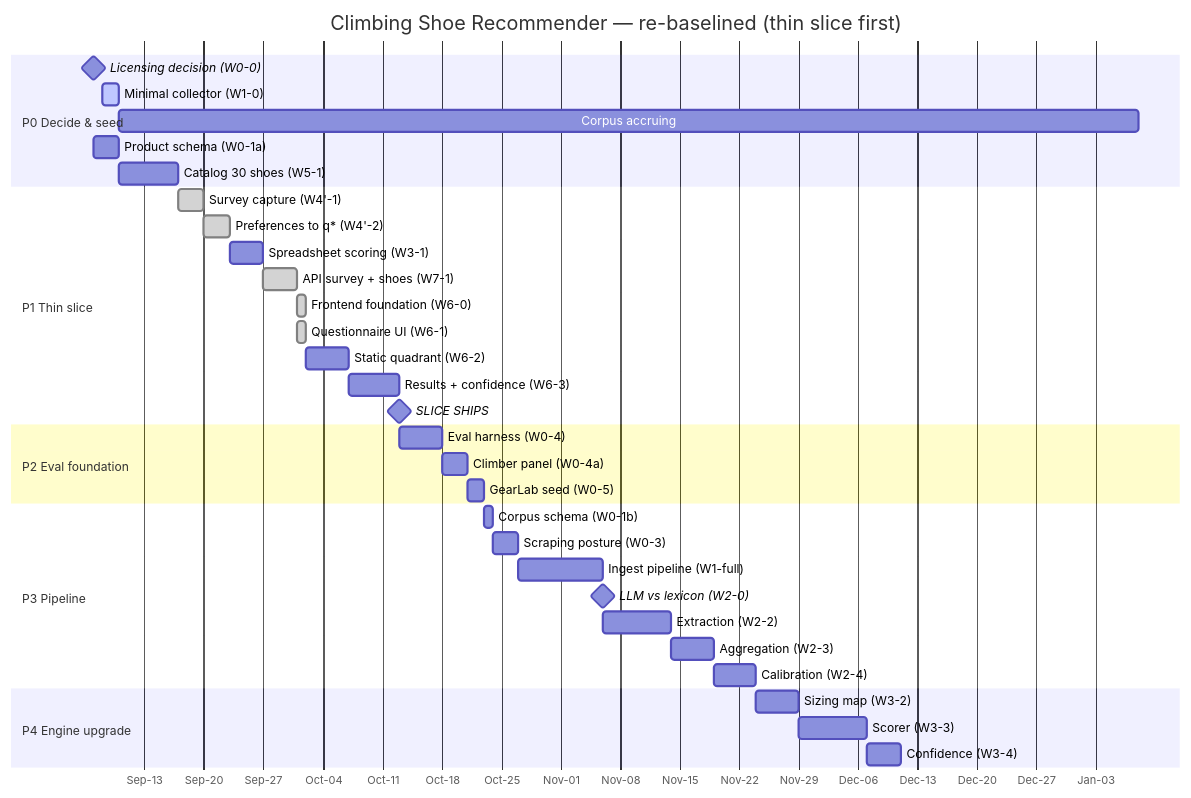
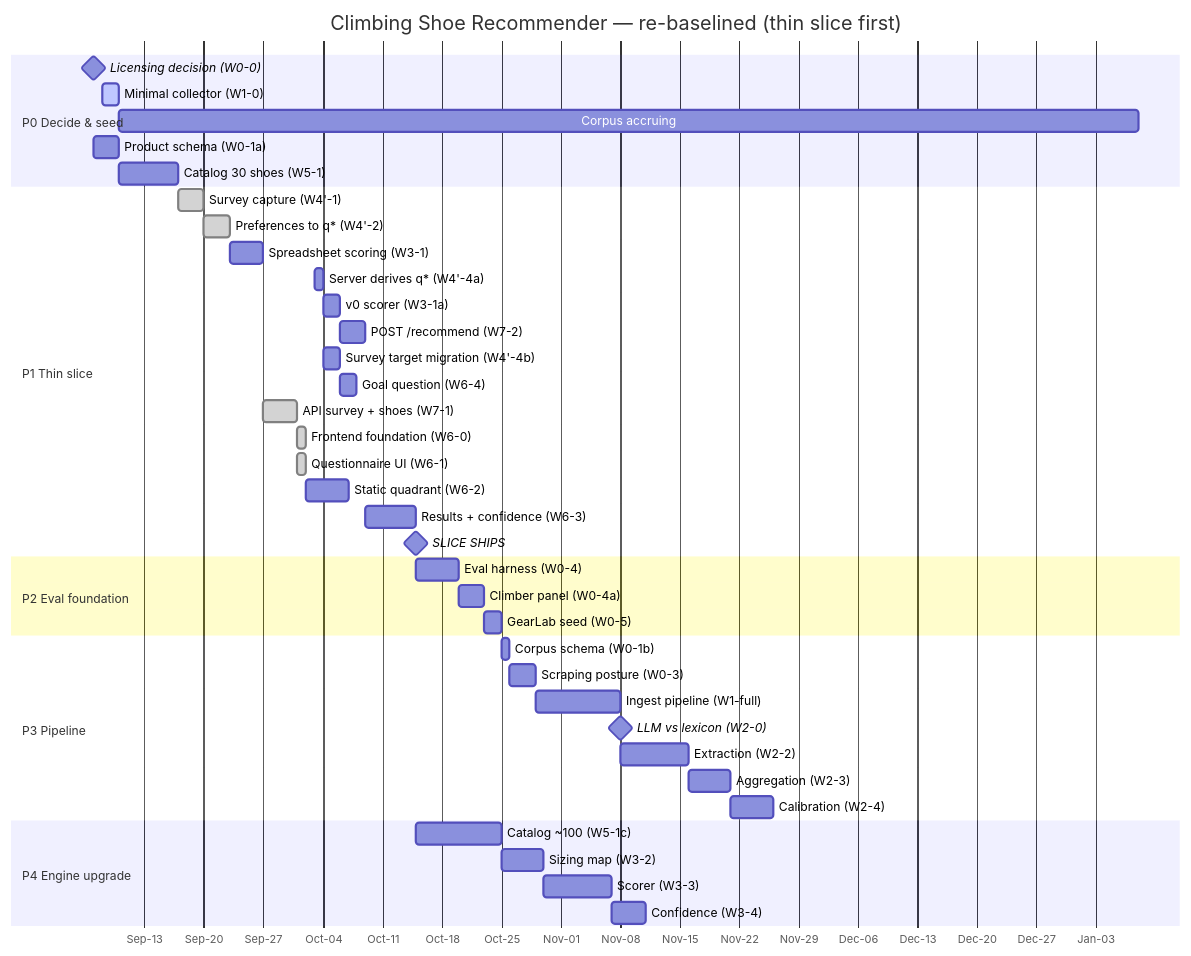
The second of 2 diagrams in timeline.md (barlu3/CruxUp), drawn with Mermaid before and after one commit. The commit also changed other lines of this file and 1 other file, not shown here.

````diff
--- a/timeline.md
+++ b/timeline.md
@@ -644,43 +659,49 @@
 ```mermaid
 gantt
   title Climbing Shoe Recommender — re-baselined (thin slice first)
   dateFormat YYYY-MM-DD
   axisFormat %b-%d
 
   section P0 Decide & seed
   Licensing decision (W0-0)        :milestone, m0, 2026-09-07, 0d
   Minimal collector (W1-0)         :active, c0, 2026-09-08, 2d
   Corpus accruing                  :c1, after c0, 120d
   Product schema (W0-1a)           :p0a, 2026-09-07, 3d
   Catalog 30 shoes (W5-1)          :p0b, after p0a, 7d
 
   section P1 Thin slice
   Survey capture (W4'-1)           :done, p1a0, 2026-09-17, 3d
   Preferences to q* (W4'-2)        :done, p1a, after p1a0, 3d
   Spreadsheet scoring (W3-1)       :p1b, after p1a, 4d
+  Server derives q* (W4'-4a)       :p1b5, 2026-10-03, 1d
+  v0 scorer (W3-1a)                :p1b4, after p1b p1b5, 2d
+  POST /recommend (W7-2)           :p1d2, after p1b4, 3d
+  Survey target migration (W4'-4b) :p1f, after p1b5, 2d
+  Goal question (W6-4)             :p1g, after p1f, 2d
   API survey + shoes (W7-1)        :done, p1b2, after p1b, 4d
   Frontend foundation (W6-0)       :done, p1b3, 2026-10-01, 1d
   Questionnaire UI (W6-1)          :done, p1c, 2026-10-01, 1d
   Static quadrant (W6-2)           :p1d, after p1c, 5d
-  Results + confidence (W6-3)      :p1e, after p1d, 6d
+  Results + confidence (W6-3)      :p1e, after p1d p1d2, 6d
   SLICE SHIPS                      :milestone, m1, after p1e, 0d
 
   section P2 Eval foundation
   Eval harness (W0-4)              :p2a, after p1e, 5d
   Climber panel (W0-4a)            :p2b, after p2a, 3d
   GearLab seed (W0-5)              :p2c, after p2b, 2d
 
   section P3 Pipeline
   Corpus schema (W0-1b)            :p3a, after p2c, 1d
   Scraping posture (W0-3)          :p3b, after p3a, 3d
   Ingest pipeline (W1-full)        :p3c, after p3b, 10d
   LLM vs lexicon (W2-0)            :milestone, m2, after p3c, 0d
   Extraction (W2-2)                :p3d, after p3c, 8d
   Aggregation (W2-3)               :p3e, after p3d, 5d
   Calibration (W2-4)               :p3f, after p3e, 5d
 
   section P4 Engine upgrade
-  Sizing map (W3-2)                :p4a, after p3f, 5d
+  Catalog ~100 (W5-1c)             :p4w, after m1, 10d
+  Sizing map (W3-2)                :p4a, after p4w, 5d
   Scorer (W3-3)                    :p4b, after p4a, 8d
   Confidence (W3-4)                :p4c, after p4b, 4d
 ```
````
